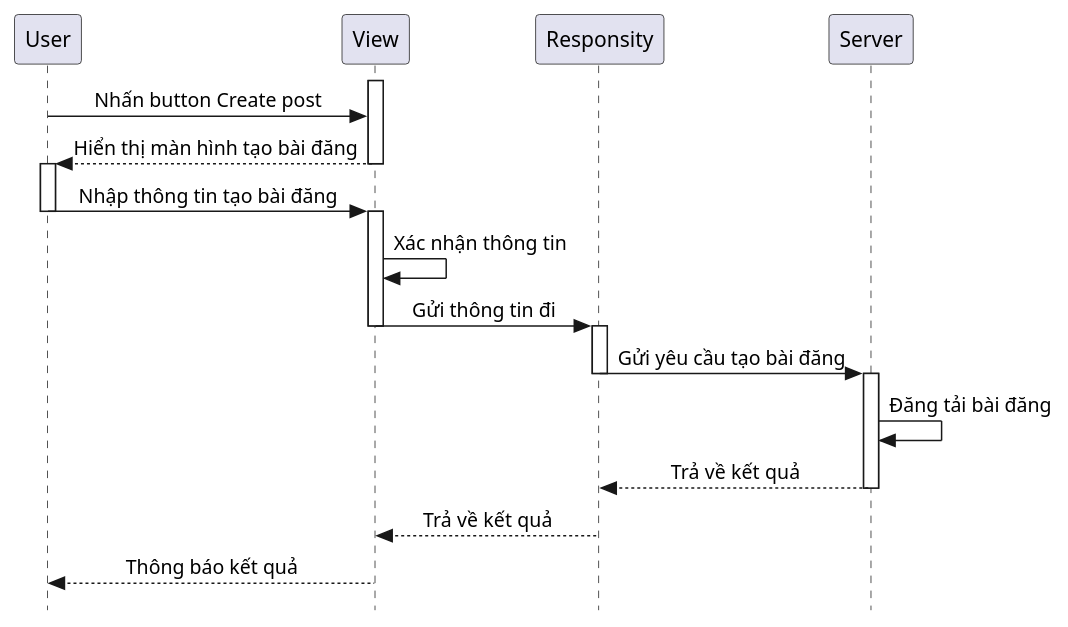
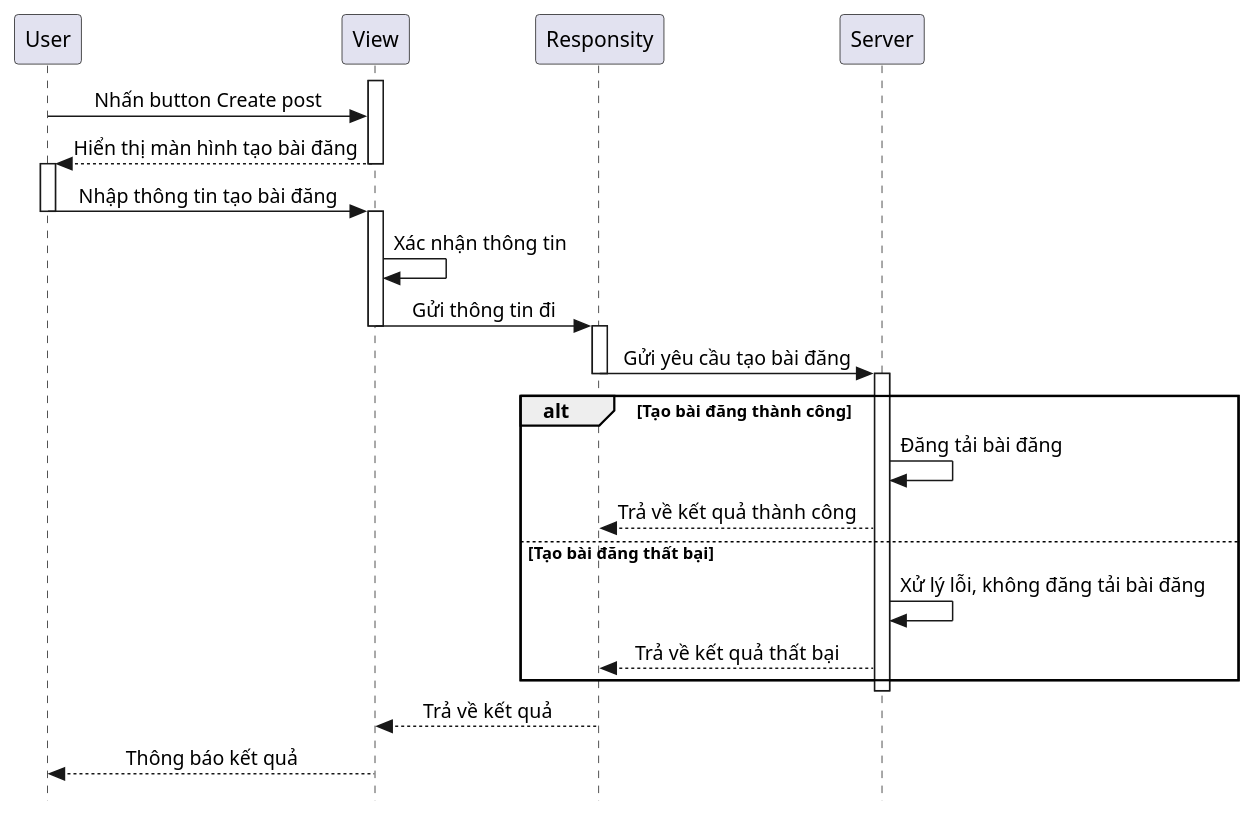
The diagram in Lab1/Lab1.2/Create A Post/CreateAPost_Seq.puml (HiimDucManh/SE357-Pratice-class), drawn with PlantUML before and after one commit. The commit also changed 6 other files, not shown here.

```diff
--- a/Lab1/Lab1.2/Create A Post/CreateAPost_Seq.puml
+++ b/Lab1/Lab1.2/Create A Post/CreateAPost_Seq.puml
@@ -1,36 +1,41 @@
 @startuml CreateAPostSequence
 skinparam style strictuml
 skinparam SequenceMessageAlignment center
 
 participant User
 participant View
 participant Responsity
 participant Server
 
 activate View
 User -> View: Nhấn button Create post
 View --> User: Hiển thị màn hình tạo bài đăng
 deactivate View
 
 activate User
 User -> View: Nhập thông tin tạo bài đăng
 deactivate User
 
 activate View
 View -> View: Xác nhận thông tin
 View -> Responsity: Gửi thông tin đi
 deactivate View
 
 activate Responsity
 Responsity -> Server: Gửi yêu cầu tạo bài đăng
 deactivate Responsity
 
 activate Server
-Server ->Server: Đăng tải bài đăng
-Server --> Responsity: Trả về kết quả
-deactivate Server 
+alt Tạo bài đăng thành công
+    Server -> Server: Đăng tải bài đăng
+    Server --> Responsity: Trả về kết quả thành công
+else Tạo bài đăng thất bại
+    Server -> Server: Xử lý lỗi, không đăng tải bài đăng
+    Server --> Responsity: Trả về kết quả thất bại
+end
+deactivate Server
 
 Responsity --> View: Trả về kết quả
 View --> User: Thông báo kết quả
 
 @enduml
```
